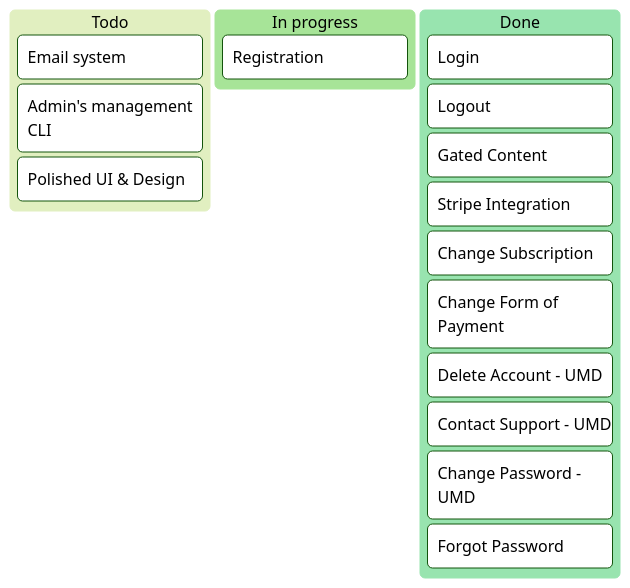
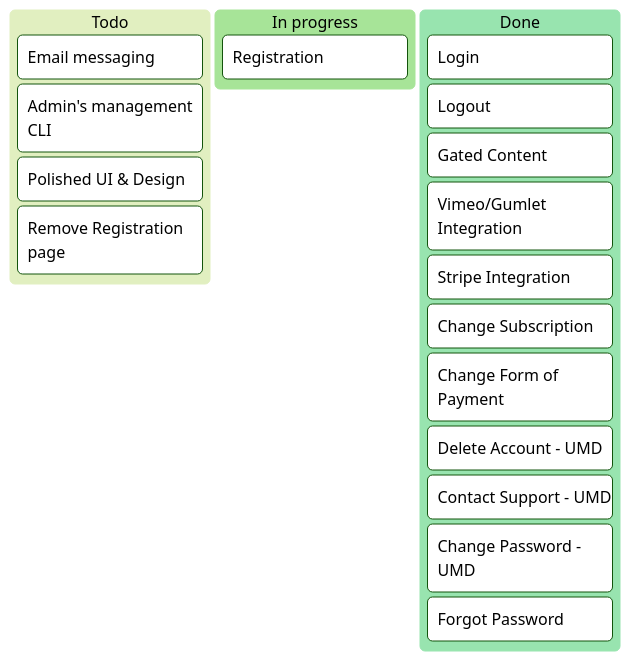
Before and after one commit to cheomanigua/bwadocs: the diagram in content/docs/refactor.md, drawn with Mermaid (forest theme). The commit also changed other lines of this file and 1 other file, not shown here.

````diff
--- a/content/docs/refactor.md
+++ b/content/docs/refactor.md
@@ -10,20 +10,22 @@
 ```mermaid
 kanban
   Todo
-    [Email system]
+    [Email messaging]
     [Admin's management CLI]
     [Polished UI & Design]
+    [Remove Registration page]
   [In progress]
     [Registration]
   [Done]
     [Login]
     [Logout]
     [Gated Content]
+    [Vimeo/Gumlet Integration]
     [Stripe Integration]
     [Change Subscription]
     [Change Form of Payment]
     [Delete Account - UMD]
     [Contact Support - UMD]
     [Change Password - UMD]
     [Forgot Password]
 ```
````
